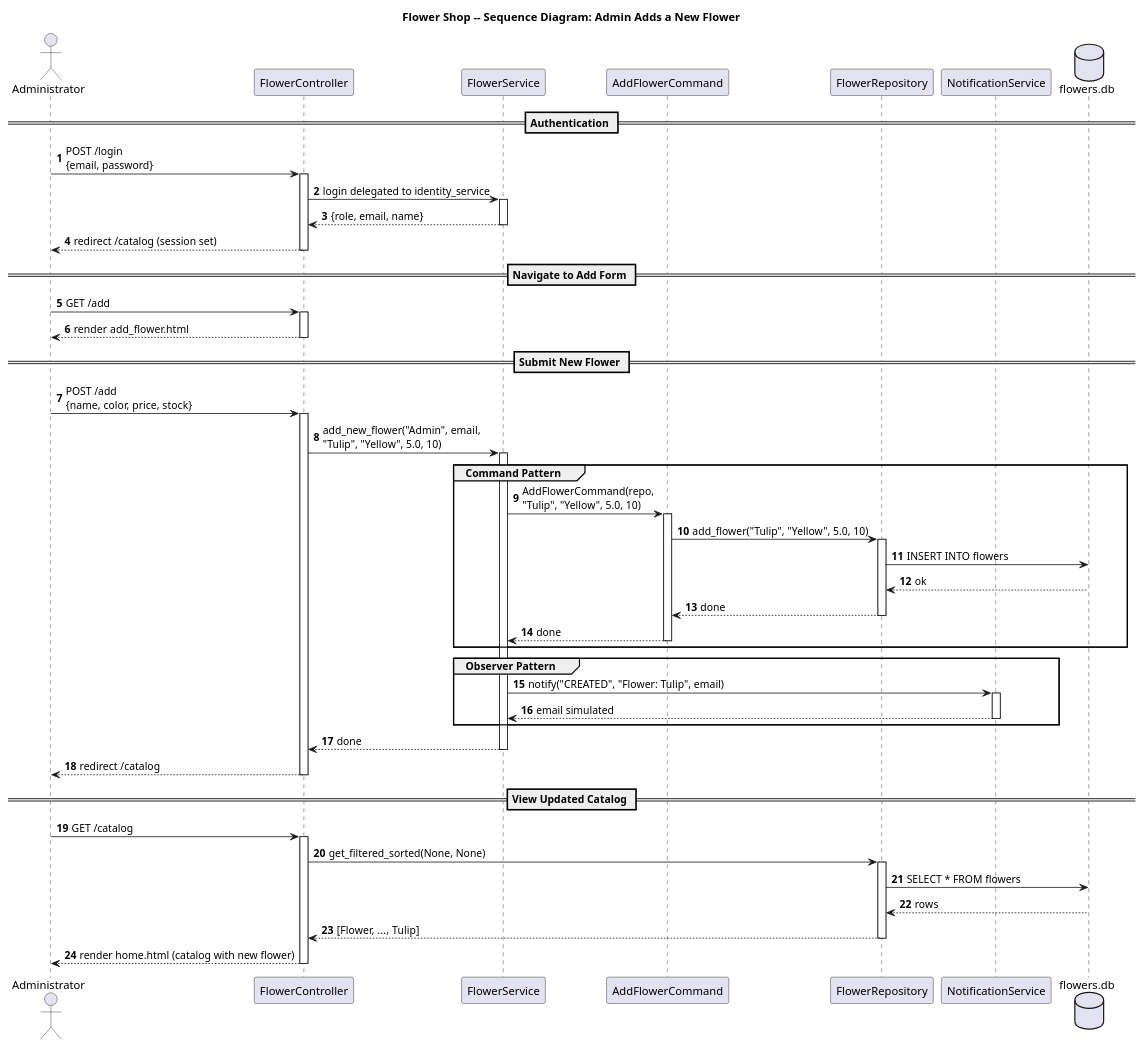
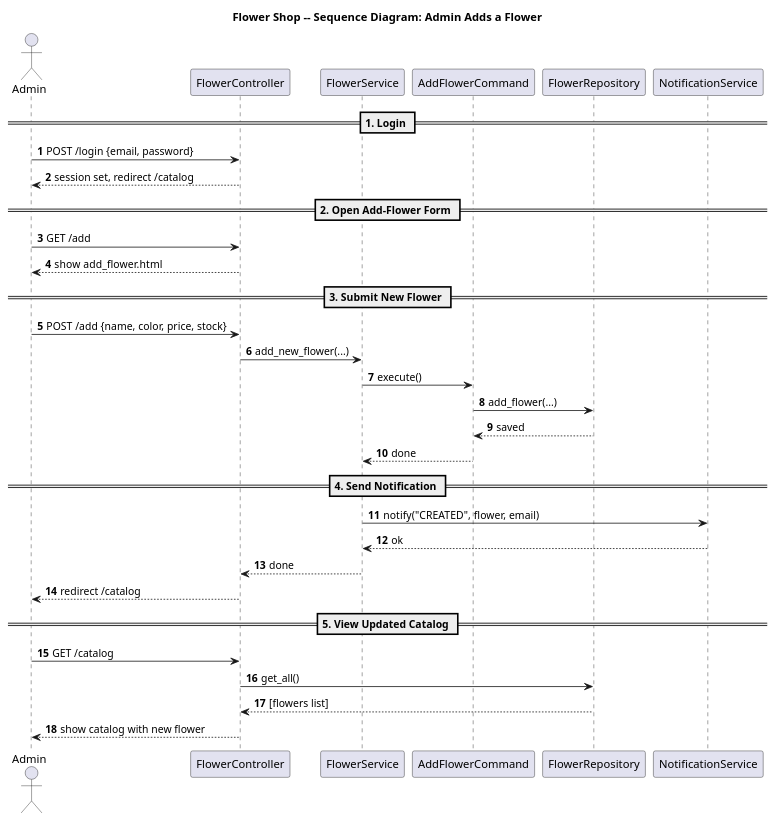
Before and after one commit to oli26567/SDFlowerShop: the diagram in documentatie/sequence_diagram.puml, drawn with PlantUML. The commit also changed 9 other files, not shown here.

```diff
--- a/documentatie/sequence_diagram.puml
+++ b/documentatie/sequence_diagram.puml
@@ -1,77 +1,46 @@
 @startuml sequence_diagram
 autonumber
 
-title Flower Shop -- Sequence Diagram: Admin Adds a New Flower
+title Flower Shop -- Sequence Diagram: Admin Adds a Flower
 
-actor Administrator as Admin
-participant "FlowerController" as FC
-participant "FlowerService" as FS
-participant "AddFlowerCommand" as CMD
-participant "FlowerRepository" as Repo
-participant "NotificationService" as NS
-database "flowers.db" as DB
+actor Admin
+participant FlowerController
+participant FlowerService
+participant AddFlowerCommand
+participant FlowerRepository
+participant NotificationService
 
-== Authentication ==
+== 1. Login ==
 
-Admin -> FC : POST /login\n{email, password}
-activate FC
-FC -> FS : login delegated to identity_service
-activate FS
-FS --> FC : {role, email, name}
-deactivate FS
-FC --> Admin : redirect /catalog (session set)
-deactivate FC
+Admin -> FlowerController : POST /login {email, password}
+FlowerController --> Admin : session set, redirect /catalog
 
-== Navigate to Add Form ==
+== 2. Open Add-Flower Form ==
 
-Admin -> FC : GET /add
-activate FC
-FC --> Admin : render add_flower.html
-deactivate FC
+Admin -> FlowerController : GET /add
+FlowerController --> Admin : show add_flower.html
 
-== Submit New Flower ==
+== 3. Submit New Flower ==
 
-Admin -> FC : POST /add\n{name, color, price, stock}
-activate FC
-FC -> FS : add_new_flower("Admin", email,\n"Tulip", "Yellow", 5.0, 10)
-activate FS
+Admin -> FlowerController : POST /add {name, color, price, stock}
+FlowerController -> FlowerService : add_new_flower(...)
+FlowerService -> AddFlowerCommand : execute()
+AddFlowerCommand -> FlowerRepository : add_flower(...)
+FlowerRepository --> AddFlowerCommand : saved
+AddFlowerCommand --> FlowerService : done
 
-group Command Pattern
-    FS -> CMD : AddFlowerCommand(repo,\n"Tulip", "Yellow", 5.0, 10)
-    activate CMD
-    CMD -> Repo : add_flower("Tulip", "Yellow", 5.0, 10)
-    activate Repo
-    Repo -> DB : INSERT INTO flowers
-    DB --> Repo : ok
-    Repo --> CMD : done
-    deactivate Repo
-    CMD --> FS : done
-    deactivate CMD
-end
+== 4. Send Notification ==
 
-group Observer Pattern
-    FS -> NS : notify("CREATED", "Flower: Tulip", email)
-    activate NS
-    NS --> FS : email simulated
-    deactivate NS
-end
+FlowerService -> NotificationService : notify("CREATED", flower, email)
+NotificationService --> FlowerService : ok
+FlowerService --> FlowerController : done
+FlowerController --> Admin : redirect /catalog
 
-FS --> FC : done
-deactivate FS
-FC --> Admin : redirect /catalog
-deactivate FC
+== 5. View Updated Catalog ==
 
-== View Updated Catalog ==
-
-Admin -> FC : GET /catalog
-activate FC
-FC -> Repo : get_filtered_sorted(None, None)
-activate Repo
-Repo -> DB : SELECT * FROM flowers
-DB --> Repo : rows
-Repo --> FC : [Flower, ..., Tulip]
-deactivate Repo
-FC --> Admin : render home.html (catalog with new flower)
-deactivate FC
+Admin -> FlowerController : GET /catalog
+FlowerController -> FlowerRepository : get_all()
+FlowerRepository --> FlowerController : [flowers list]
+FlowerController --> Admin : show catalog with new flower
 
 @enduml
```
